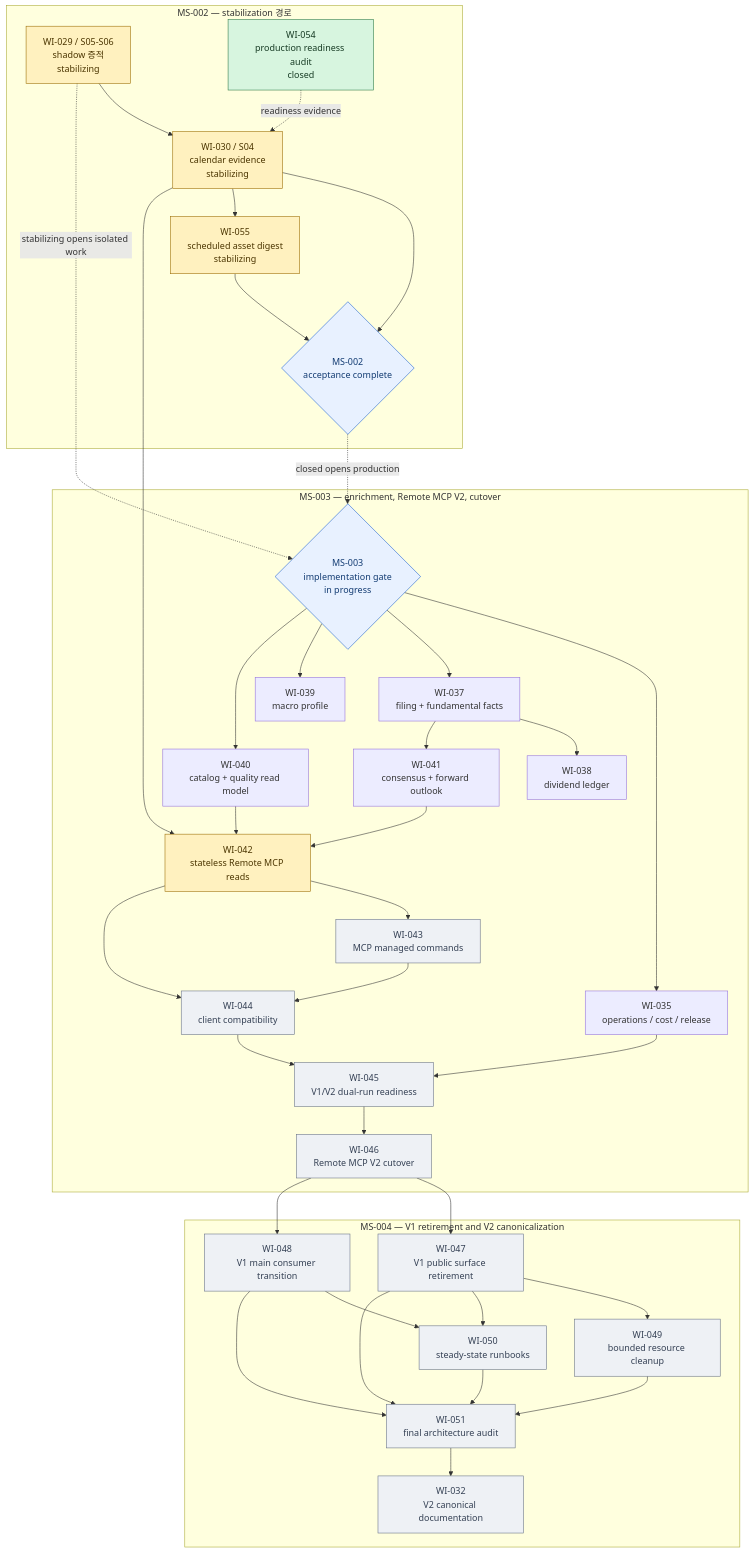
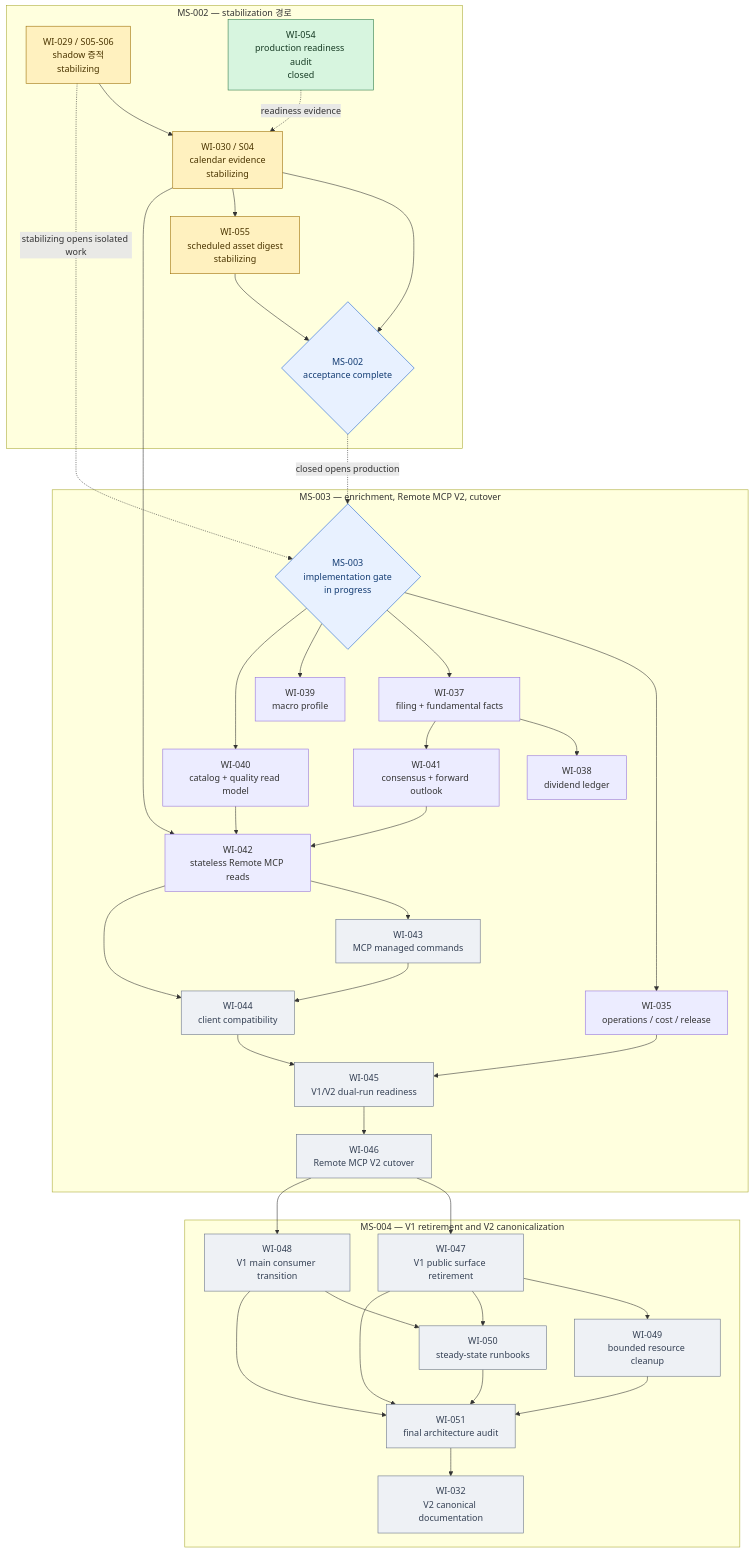
Before and after one commit to meringue5/KIS_Portfolio_MCP: the third of 3 diagrams in docs/milestones/README.md, drawn with Mermaid. The commit also changed other lines of this file and 4 other files, not shown here.

````diff
--- a/docs/milestones/README.md
+++ b/docs/milestones/README.md
@@ -144,81 +144,80 @@
 ```mermaid
 flowchart TB
     subgraph M2["MS-002 — stabilization 경로"]
         W29["WI-029 / S05-S06<br/>shadow 증적<br/>stabilizing"]
         W30["WI-030 / S04<br/>calendar evidence<br/>stabilizing"]
         W54["WI-054<br/>production readiness audit<br/>closed"]
         W55["WI-055<br/>scheduled asset digest<br/>stabilizing"]
         M2DONE{"MS-002<br/>acceptance complete"}
         W29 --> W30 --> M2DONE
         W30 --> W55 --> M2DONE
         W54 -. readiness evidence .-> W30
     end
 
     subgraph M3["MS-003 — enrichment, Remote MCP V2, cutover"]
         M3OPEN{"MS-003<br/>implementation gate<br/>in progress"}
         W35["WI-035<br/>operations / cost / release"]
         W37["WI-037<br/>filing + fundamental facts"]
         W38["WI-038<br/>dividend ledger"]
         W39["WI-039<br/>macro profile"]
         W40["WI-040<br/>catalog + quality read model"]
         W41["WI-041<br/>consensus + forward outlook"]
         W42["WI-042<br/>stateless Remote MCP reads"]
         W43["WI-043<br/>MCP managed commands"]
         W44["WI-044<br/>client compatibility"]
         W45["WI-045<br/>V1/V2 dual-run readiness"]
         W46["WI-046<br/>Remote MCP V2 cutover"]
 
         M3OPEN --> W35
         M3OPEN --> W37
         M3OPEN --> W39
         M3OPEN --> W40
         W37 --> W38
         W37 --> W41
         W30 --> W42
         W40 --> W42
         W41 --> W42
         W42 --> W43
         W42 --> W44
         W43 --> W44
         W35 --> W45
         W44 --> W45 --> W46
     end
 
     subgraph M4["MS-004 — V1 retirement and V2 canonicalization"]
         W47["WI-047<br/>V1 public surface retirement"]
         W48["WI-048<br/>V1 main consumer transition"]
         W49["WI-049<br/>bounded resource cleanup"]
         W50["WI-050<br/>steady-state runbooks"]
         W51["WI-051<br/>final architecture audit"]
         W32["WI-032<br/>V2 canonical documentation"]
 
         W46 --> W47
         W46 --> W48
         W47 --> W49
         W47 --> W50
         W48 --> W50
         W47 --> W51
         W48 --> W51
         W49 --> W51
         W50 --> W51
         W51 --> W32
     end
 
     W29 -. stabilizing opens isolated work .-> M3OPEN
     M2DONE -. closed opens production .-> M3OPEN
 
     classDef active fill:#fff1bf,stroke:#9a6b00,color:#4b3500;
     classDef closed fill:#d7f5df,stroke:#2d7a46,color:#173b24;
     classDef ready fill:#e8f1ff,stroke:#175cd3,color:#123b72;
     classDef blocked fill:#fde2e2,stroke:#b42318,color:#5b1712;
     classDef proposed fill:#eef1f5,stroke:#667085,color:#344054;
     classDef gate fill:#e8f1ff,stroke:#175cd3,color:#123b72;
     class W29,W30 active;
     class W54 closed;
     class W55 active;
     class W35,W40 verified;
-    class W42 active;
-    class W37,W38,W39,W41 verified;
+    class W37,W38,W39,W41,W42 verified;
     class W43,W44,W45,W46,W47,W48,W49,W50,W51,W32 proposed;
     class M2DONE,M3OPEN gate;
 ```
````
